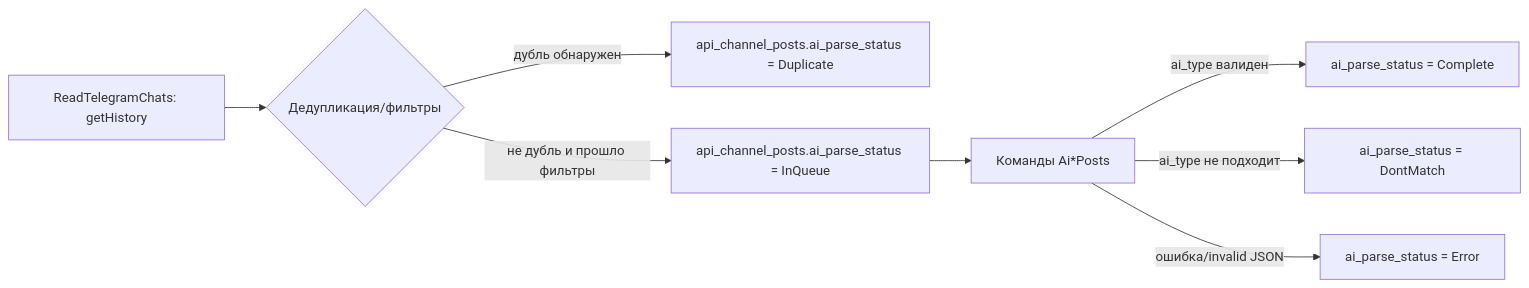
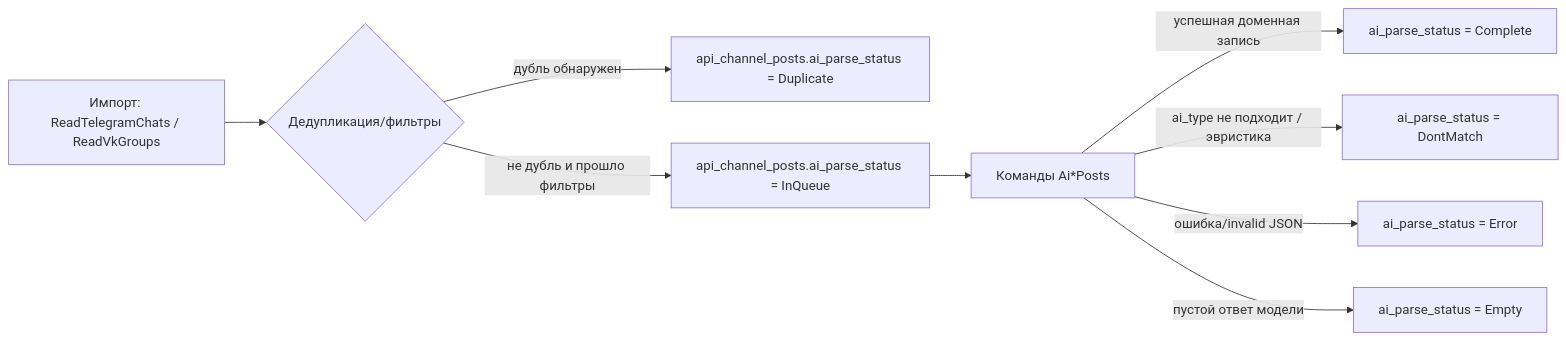
Before and after one commit to Falgrim/Radarium: the second of 3 diagrams in DOC/RADARIUM_TECHDOC.md, drawn with Mermaid. The commit also changed other lines of this file, not shown here.

````diff
--- a/DOC/RADARIUM_TECHDOC.md
+++ b/DOC/RADARIUM_TECHDOC.md
@@ -1041,11 +1105,12 @@
 ```mermaid
 flowchart LR
-  TGStart[ReadTelegramChats: getHistory] --> Queue{Дедупликация/фильтры}
+  TGStart[Импорт: ReadTelegramChats / ReadVkGroups] --> Queue{Дедупликация/фильтры}
   Queue -->|дубль обнаружен| Duplicate[api_channel_posts.ai_parse_status = Duplicate]
   Queue -->|не дубль и прошло фильтры| InQueue[api_channel_posts.ai_parse_status = InQueue]
 
   InQueue --> AIParse[Команды Ai*Posts]
-  AIParse -->|ai_type валиден| Complete[ai_parse_status = Complete]
-  AIParse -->|ai_type не подходит| DontMatch[ai_parse_status = DontMatch]
+  AIParse -->|успешная доменная запись| Complete[ai_parse_status = Complete]
+  AIParse -->|ai_type не подходит / эвристика| DontMatch[ai_parse_status = DontMatch]
   AIParse -->|ошибка/invalid JSON| Error[ai_parse_status = Error]
+  AIParse -->|пустой ответ модели| Empty[ai_parse_status = Empty]
 ```
````
